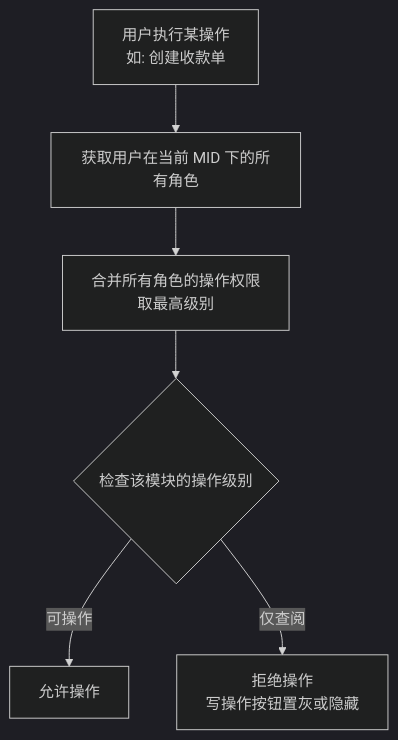
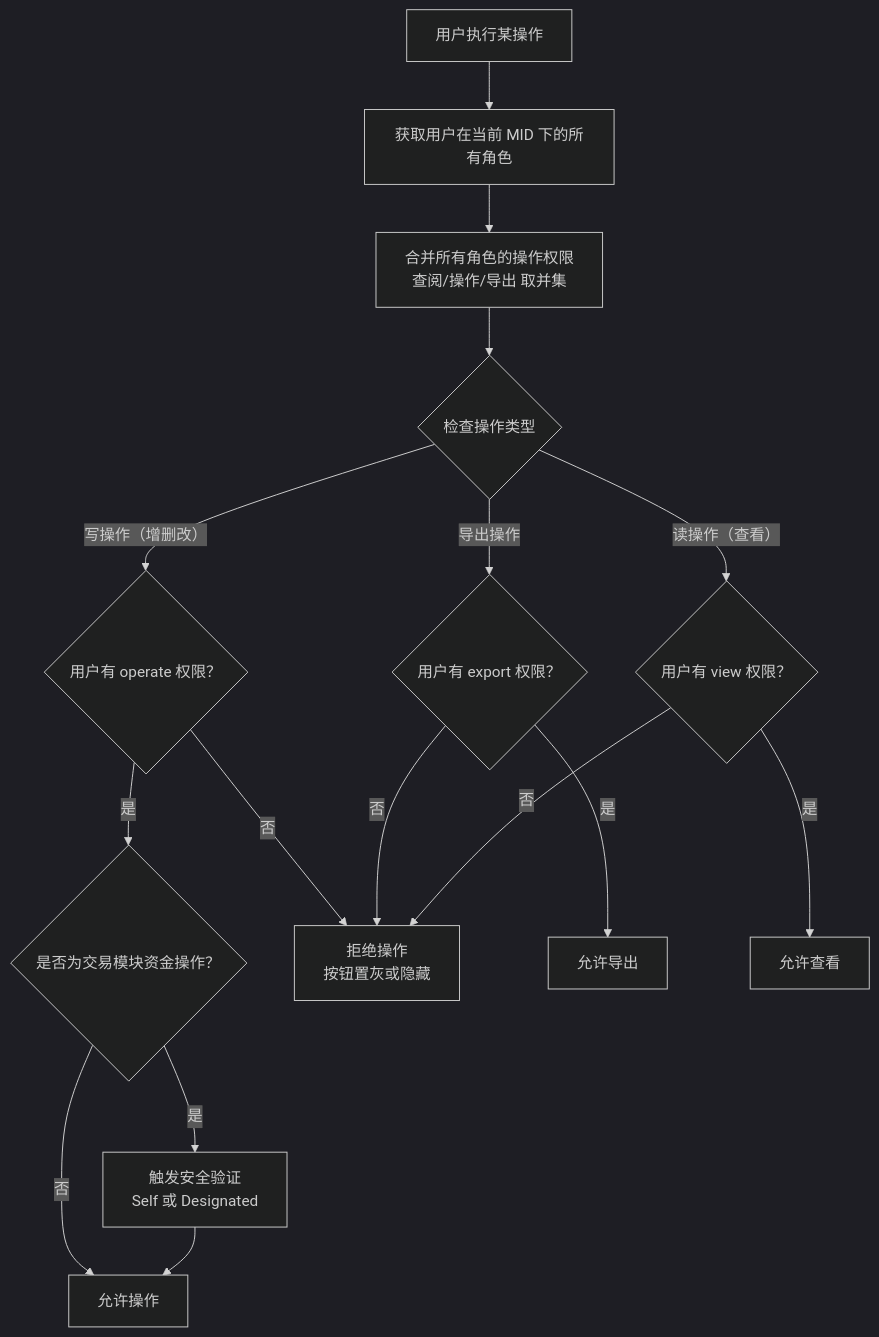
Diagram 11 of 14 in USERPERMISSIONS/prd/Users-Roles-Permissions.md (xiaoxiaoangie/EX-NEW), drawn with Mermaid (dark theme) before and after one commit. The commit also changed other lines of this file and 3 other files, not shown here.

````diff
--- a/USERPERMISSIONS/prd/Users-Roles-Permissions.md
+++ b/USERPERMISSIONS/prd/Users-Roles-Permissions.md
@@ -776,9 +713,21 @@
 ```mermaid
 flowchart TD
-    A[用户执行某操作<br/>如: 创建收款单] --> B[获取用户在当前 MID 下的所有角色]
-    B --> C[合并所有角色的操作权限<br/>取最高级别]
-    C --> D{检查该模块的操作级别}
+    A[用户执行某操作] --> B[获取用户在当前 MID 下的所有角色]
+    B --> C[合并所有角色的操作权限<br/>查阅/操作/导出 取并集]
+    C --> D{检查操作类型}
 
-    D -->|可操作| E[允许操作]
-    D -->|仅查阅| F[拒绝操作<br/>写操作按钮置灰或隐藏]
+    D -->|写操作（增删改）| D1{用户有 operate 权限？}
+    D -->|导出操作| D2{用户有 export 权限？}
+    D -->|读操作（查看）| D3{用户有 view 权限？}
+
+    D1 -->|是| E1{是否为交易模块资金操作？}
+    D1 -->|否| F[拒绝操作<br/>按钮置灰或隐藏]
+    D2 -->|是| G[允许导出]
+    D2 -->|否| F
+    D3 -->|是| H[允许查看]
+    D3 -->|否| F
+
+    E1 -->|是| E2[触发安全验证<br/>Self 或 Designated]
+    E1 -->|否| G2[允许操作]
+    E2 --> G2
 ```
````
